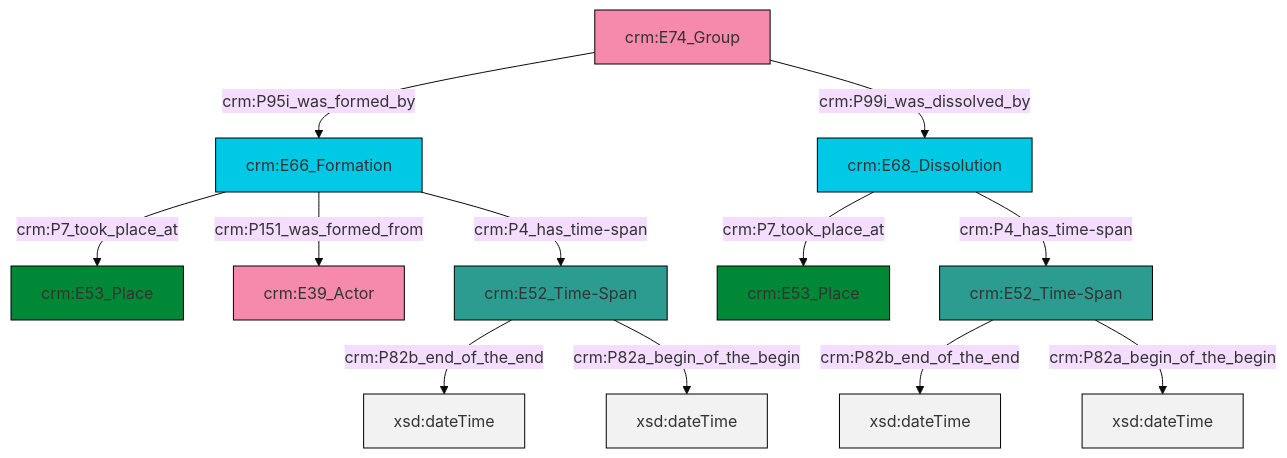
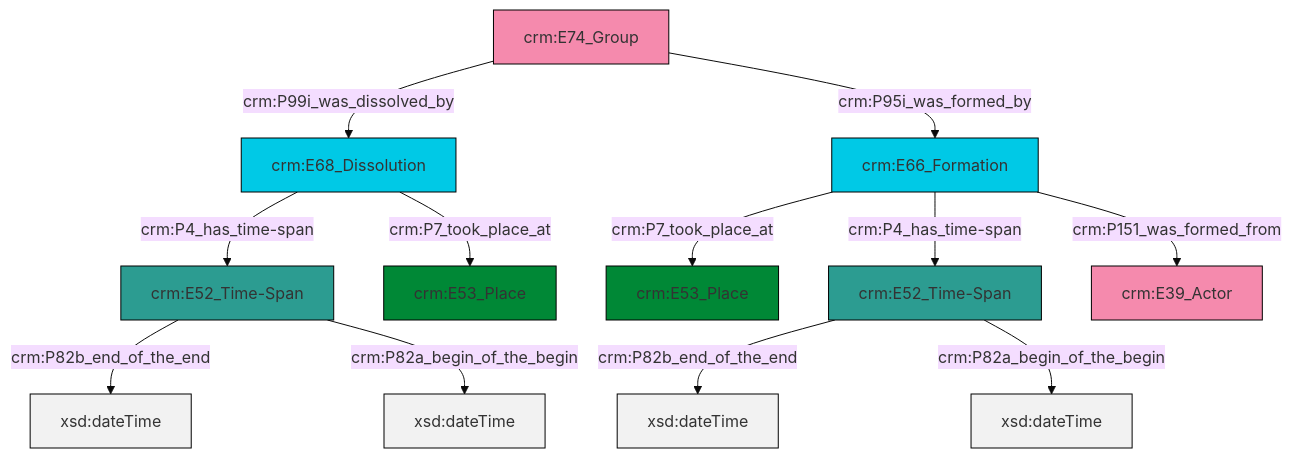
The diagram in et/groupCSV/ttl/mmd/group_existence.ttl.mmd (swiss-art-research-net/reference-data-models), drawn with Mermaid (base theme) before and after one commit. The commit also changed 152 other files, not shown here.

```diff
--- a/et/groupCSV/ttl/mmd/group_existence.ttl.mmd
+++ b/et/groupCSV/ttl/mmd/group_existence.ttl.mmd
@@ -1,26 +1,26 @@
 graph TD
 classDef Literal fill:#f2f2f2,stroke:#000000;
 classDef CRM_Entity fill:#FFFFFF,stroke:#000000;
 classDef Temporal_Entity fill:#00C9E6, stroke:#000000;
 classDef Type fill:#E18312, stroke:#000000;
 classDef Time-Span fill:#2C9C91, stroke:#000000;
 classDef Appellation fill:#FFEB7F, stroke:#000000;
 classDef Place fill:#008836, stroke:#000000;
 classDef Persistent_Item fill:#B266B2, stroke:#000000;
 classDef Conceptual_Object fill:#FFD700, stroke:#000000;
 classDef Physical_Thing fill:#D2B48C, stroke:#000000;
 classDef Actor fill:#f58aad, stroke:#000000;
 classDef PC_Classes fill:#4ce600, stroke:#000000;
 classDef Multi fill:#cccccc,stroke:#000000;
 
-0["crm:E74_Group"]:::Actor -->|crm:P95i_was_formed_by| 1["crm:E66_Formation"]:::Temporal_Entity
-1["crm:E66_Formation"]:::Temporal_Entity -->|crm:P7_took_place_at| 2["crm:E53_Place"]:::Place
-0["crm:E74_Group"]:::Actor -->|crm:P99i_was_dissolved_by| 3["crm:E68_Dissolution"]:::Temporal_Entity
-3["crm:E68_Dissolution"]:::Temporal_Entity -->|crm:P7_took_place_at| 4["crm:E53_Place"]:::Place
-6["crm:E52_Time-Span"]:::Time-Span -->|crm:P82b_end_of_the_end| 7[xsd:dateTime]:::Literal
-1["crm:E66_Formation"]:::Temporal_Entity -->|crm:P151_was_formed_from| 8["crm:E39_Actor"]:::Actor
-3["crm:E68_Dissolution"]:::Temporal_Entity -->|crm:P4_has_time-span| 6["crm:E52_Time-Span"]:::Time-Span
-6["crm:E52_Time-Span"]:::Time-Span -->|crm:P82a_begin_of_the_begin| 13[xsd:dateTime]:::Literal
-11["crm:E52_Time-Span"]:::Time-Span -->|crm:P82b_end_of_the_end| 14[xsd:dateTime]:::Literal
-1["crm:E66_Formation"]:::Temporal_Entity -->|crm:P4_has_time-span| 11["crm:E52_Time-Span"]:::Time-Span
-11["crm:E52_Time-Span"]:::Time-Span -->|crm:P82a_begin_of_the_begin| 19[xsd:dateTime]:::Literal
+4["crm:E68_Dissolution"]:::Temporal_Entity -->|crm:P7_took_place_at| 5["crm:E53_Place"]:::Place
+0["crm:E74_Group"]:::Actor -->|crm:P99i_was_dissolved_by| 4["crm:E68_Dissolution"]:::Temporal_Entity
+8["crm:E66_Formation"]:::Temporal_Entity -->|crm:P4_has_time-span| 2["crm:E52_Time-Span"]:::Time-Span
+10["crm:E52_Time-Span"]:::Time-Span -->|crm:P82b_end_of_the_end| 11[xsd:dateTime]:::Literal
+0["crm:E74_Group"]:::Actor -->|crm:P95i_was_formed_by| 8["crm:E66_Formation"]:::Temporal_Entity
+2["crm:E52_Time-Span"]:::Time-Span -->|crm:P82b_end_of_the_end| 15[xsd:dateTime]:::Literal
+8["crm:E66_Formation"]:::Temporal_Entity -->|crm:P151_was_formed_from| 16["crm:E39_Actor"]:::Actor
+8["crm:E66_Formation"]:::Temporal_Entity -->|crm:P7_took_place_at| 6["crm:E53_Place"]:::Place
+2["crm:E52_Time-Span"]:::Time-Span -->|crm:P82a_begin_of_the_begin| 17[xsd:dateTime]:::Literal
+10["crm:E52_Time-Span"]:::Time-Span -->|crm:P82a_begin_of_the_begin| 19[xsd:dateTime]:::Literal
+4["crm:E68_Dissolution"]:::Temporal_Entity -->|crm:P4_has_time-span| 10["crm:E52_Time-Span"]:::Time-Span
```
